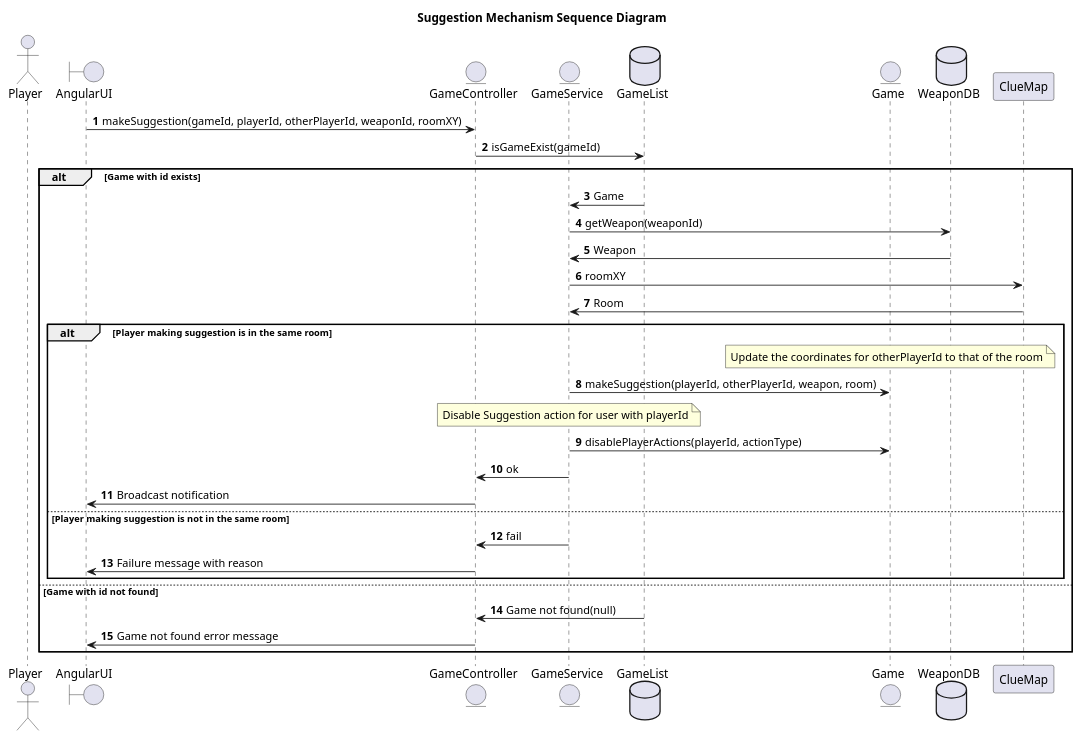
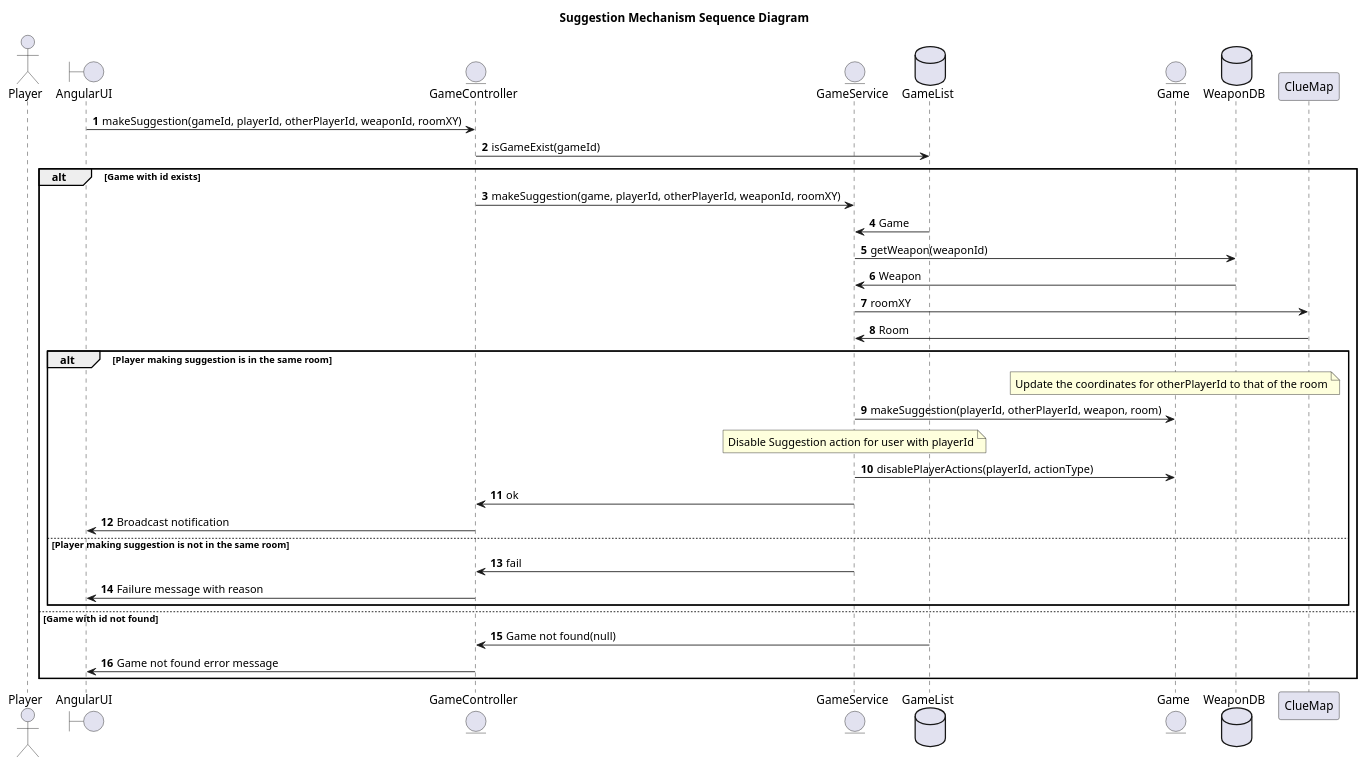
One commit to gurmsc5/Clue-Less changed the diagram in clue-less-backend/suggestion.puml. Above: the diagram before and after it, drawn with PlantUML.

Commit message:
Fixed GameService in suggestion seq diagram

```diff
--- a/clue-less-backend/suggestion.puml
+++ b/clue-less-backend/suggestion.puml
@@ -1,39 +1,40 @@
 @startuml
 'https://plantuml.com/sequence-diagram
 
 title Suggestion Mechanism Sequence Diagram
 
 autonumber
 actor Player
 boundary AngularUI
 entity GameController
 entity GameService
 database GameList
 AngularUI -> GameController: makeSuggestion(gameId, playerId, otherPlayerId, weaponId, roomXY)
 GameController -> GameList: isGameExist(gameId)
 entity Game
 database WeaponDB
 
 alt Game with id exists
+    GameController -> GameService: makeSuggestion(game, playerId, otherPlayerId, weaponId, roomXY)
     GameList -> GameService: Game
     GameService -> WeaponDB: getWeapon(weaponId)
     WeaponDB -> GameService: Weapon
     GameService -> ClueMap: roomXY
     ClueMap -> GameService: Room
     alt Player making suggestion is in the same room
         note over Game: Update the coordinates for otherPlayerId to that of the room
         GameService -> Game: makeSuggestion(playerId, otherPlayerId, weapon, room)
         note over GameService: Disable Suggestion action for user with playerId
         GameService -> Game: disablePlayerActions(playerId, actionType)
         GameService -> GameController: ok
         GameController -> AngularUI: Broadcast notification
     else Player making suggestion is not in the same room
         GameService -> GameController: fail
         GameController -> AngularUI: Failure message with reason
     end
 
 else Game with id not found
     GameList -> GameController: Game not found(null)
     GameController -> AngularUI: Game not found error message
 end
 @enduml
```
